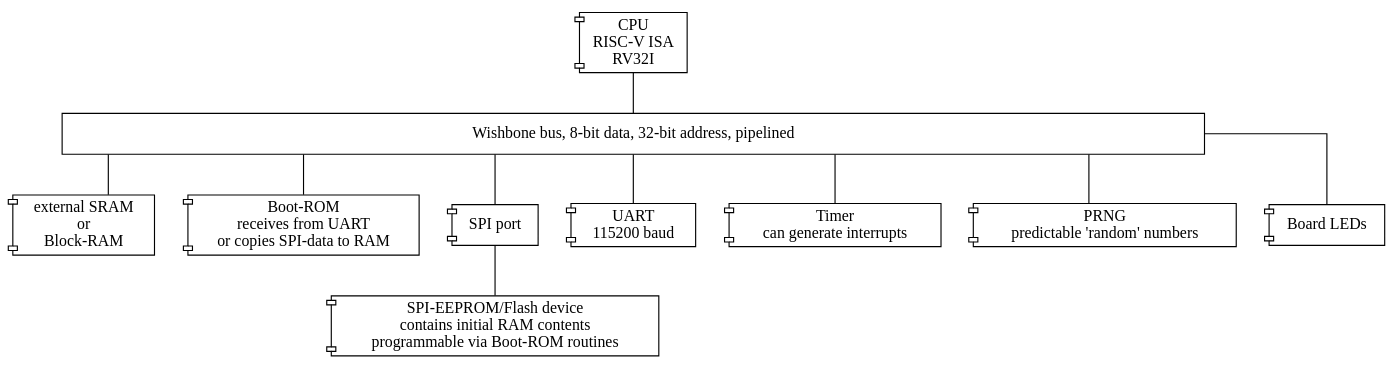
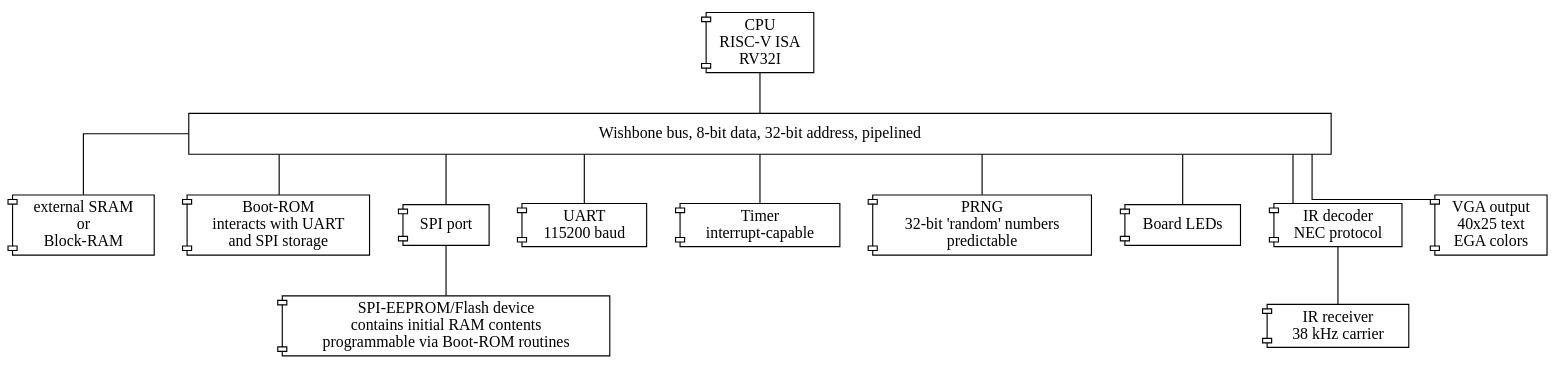
One commit to maikmerten/spu32 changed the diagram in soc.dot. Above: the diagram before and after it, drawn with Graphviz. The commit also changed 3 other files, not shown here.

```diff
--- a/soc.dot
+++ b/soc.dot
@@ -1,28 +1,36 @@
 graph spu32soc {
 	graph [splines=ortho, nodesep=0.4]
 
 	cpu[label="CPU\nRISC-V ISA\nRV32I" shape="component"];
 	arbiter[label="Wishbone bus, 8-bit data, 32-bit address, pipelined" shape="rect" width=14];
 
 	ram[label="external SRAM\nor\nBlock-RAM" shape="component"]
-	brom[label="Boot-ROM\nreceives from UART\nor copies SPI-data to RAM" shape="component"];
+	brom[label="Boot-ROM\ninteracts with UART\nand SPI storage" shape="component"];
 	spi[label="SPI port" shape="component"];
 	uart[label="UART\n115200 baud" shape="component"];
-	timer[label="Timer\ncan generate interrupts" shape="component"];
-	prng[label="PRNG\npredictable 'random' numbers" shape="component"];
+	timer[label="Timer\ninterrupt-capable" shape="component"];
+	prng[label="PRNG\n32-bit 'random' numbers\npredictable" shape="component"];
 	leds[label="Board LEDs" shape="component"];
+	ir[label="IR decoder\nNEC protocol" shape="component"];
+	vga[label="VGA output\n40x25 text\nEGA colors" shape="component"];
 
 	spiflash[label="SPI-EEPROM/Flash device\ncontains initial RAM contents\nprogrammable via Boot-ROM routines" shape="component"];
+	irreceiver[label="IR receiver\n 38 kHz carrier" shape="component"];
+
 
 	cpu -- arbiter;
 
 	arbiter -- ram;
 	arbiter -- brom;
 	arbiter -- spi;
 	arbiter -- uart;
 	arbiter -- timer;
 	arbiter -- prng;
 	arbiter -- leds;
+	arbiter -- ir;
+	arbiter -- vga;
 
 	spi -- spiflash;
+
+	ir -- irreceiver;
 }
```
